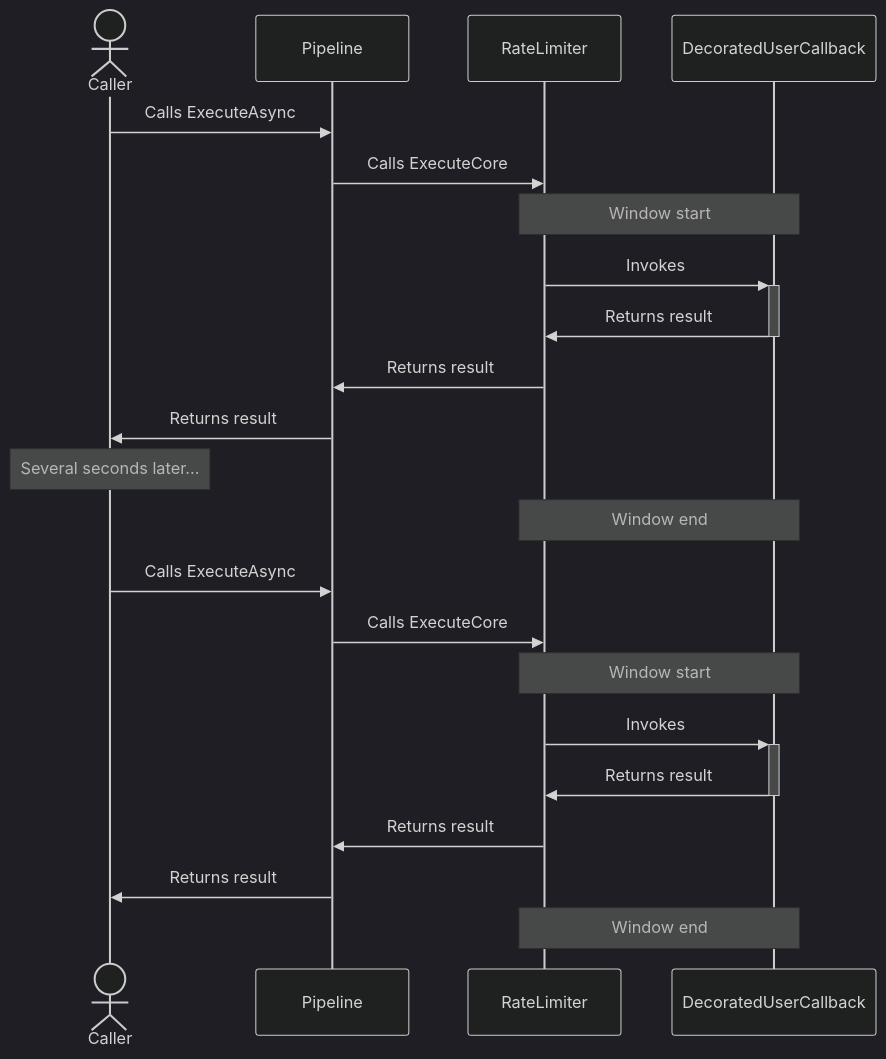
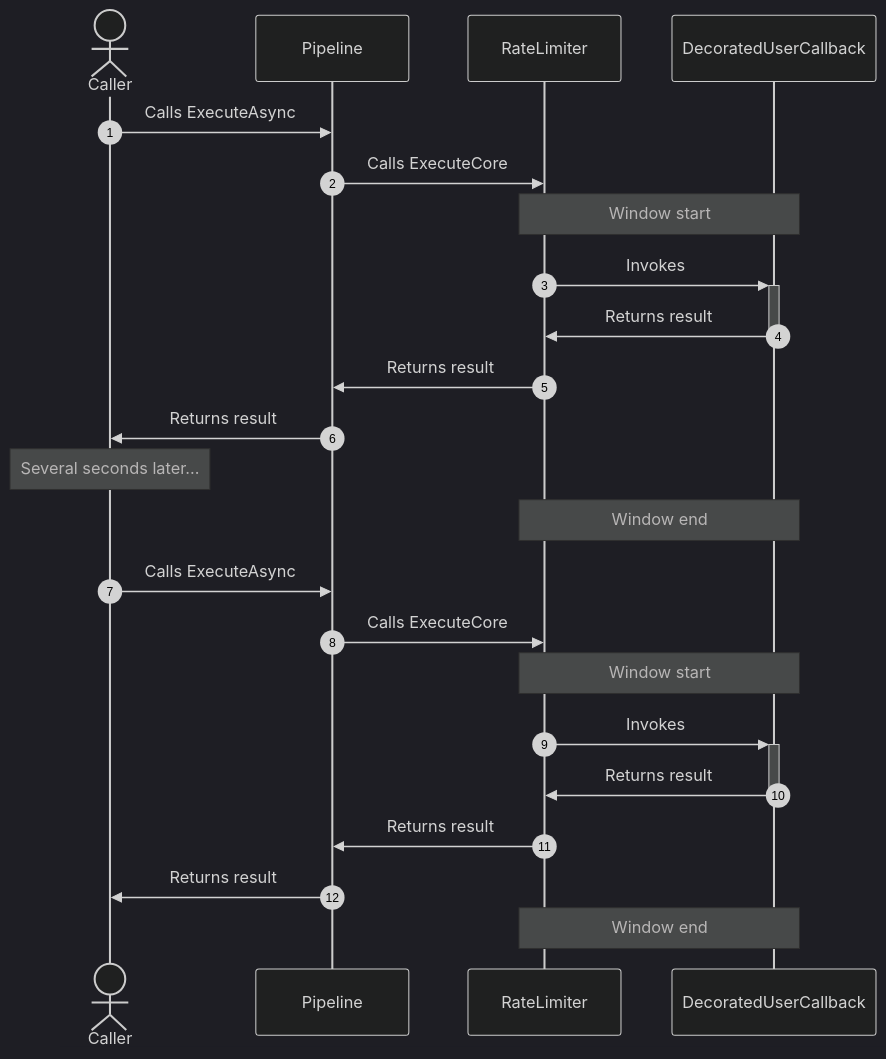
One commit to App-vNext/Polly changed the first of 4 diagrams in docs/strategies/rate-limiter.md. Above: the diagram before and after it, drawn with Mermaid (dark theme). The commit also changed other lines of this file and 6 other files, not shown here.

First line of the commit message:
[Docs] Add diagram to action generator hedging (#1713)

````diff
--- a/docs/strategies/rate-limiter.md
+++ b/docs/strategies/rate-limiter.md
@@ -85,25 +85,26 @@
 ```mermaid
 sequenceDiagram
+    autonumber
     actor C as Caller
     participant P as Pipeline
     participant RL as RateLimiter
     participant D as DecoratedUserCallback
 
     C->>P: Calls ExecuteAsync
     P->>RL: Calls ExecuteCore
     Note over RL,D: Window start
     RL->>+D: Invokes
     D->>-RL: Returns result
     RL->>P: Returns result
     P->>C: Returns result
     Note over C: Several seconds later...
     Note over RL,D: Window end
     C->>P: Calls ExecuteAsync
     P->>RL: Calls ExecuteCore
     Note over RL,D: Window start
     RL->>+D: Invokes
     D->>-RL: Returns result
     RL->>P: Returns result
     P->>C: Returns result
     Note over RL,D: Window end
 ```
````
